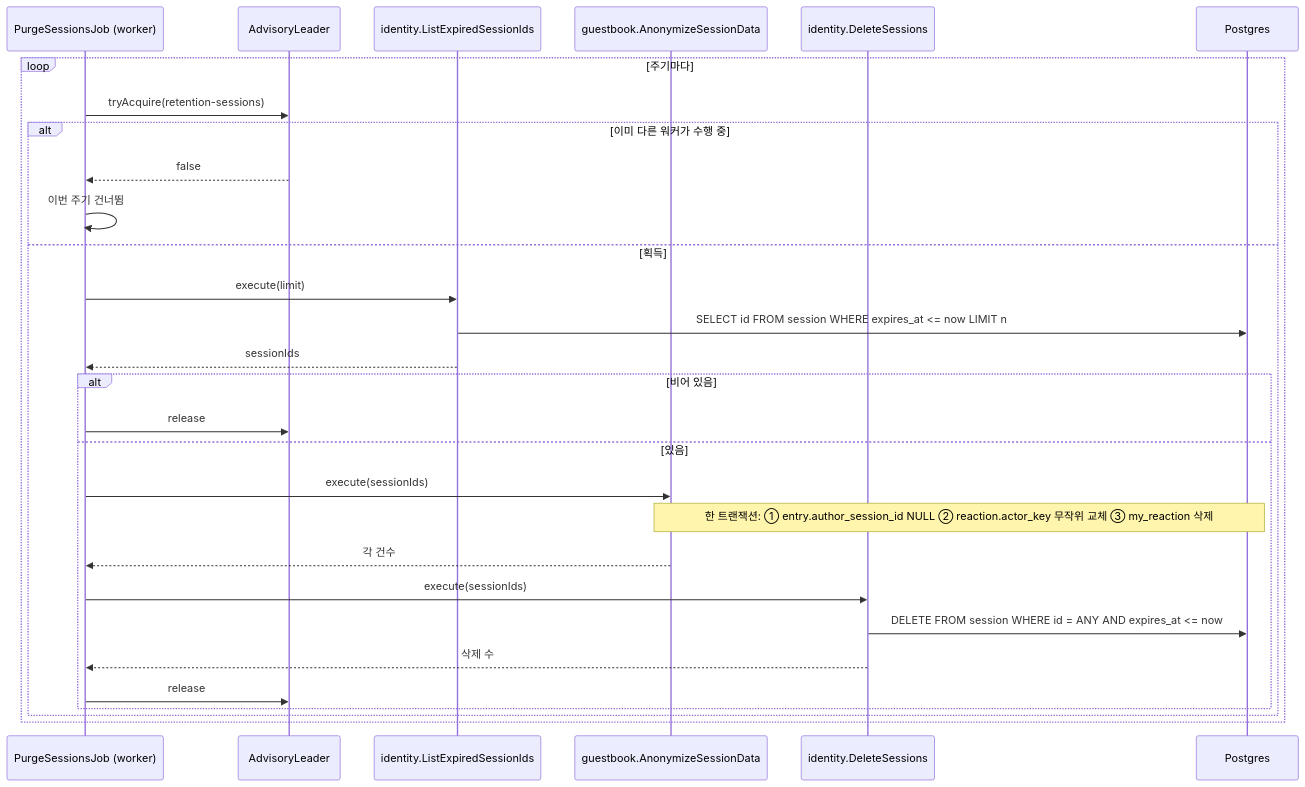
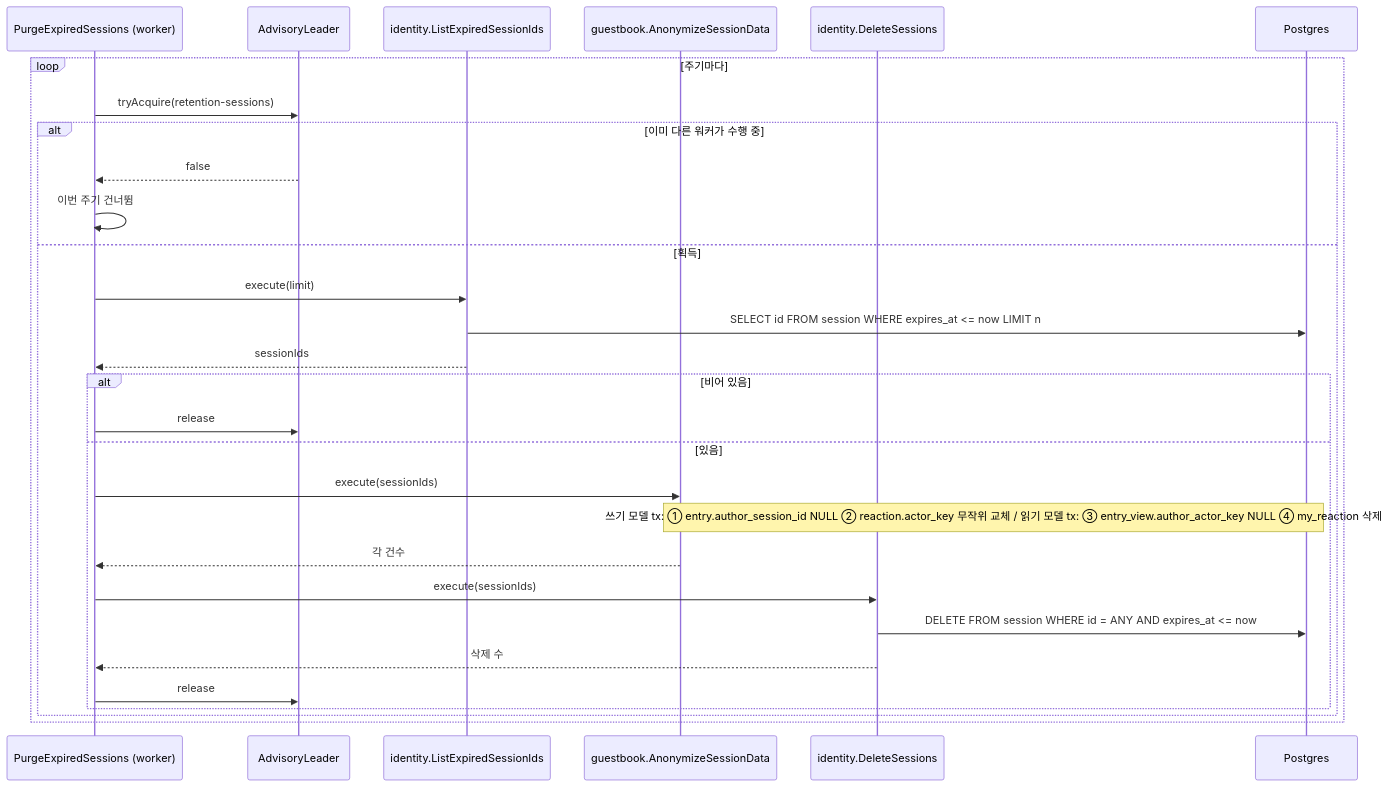
One commit to 1985jwlee/portpolio_backend changed diagram 36 of 37 in docs/design/features/10-identity.md. Above: the diagram before and after it, drawn with Mermaid. The commit also changed other lines of this file and 33 other files, not shown here.

````diff
--- a/docs/design/features/10-identity.md
+++ b/docs/design/features/10-identity.md
@@ -1278,31 +1281,31 @@
 ```mermaid
 sequenceDiagram
-    participant J as PurgeSessionsJob (worker)
+    participant J as PurgeExpiredSessions (worker)
     participant L as AdvisoryLeader
     participant I1 as identity.ListExpiredSessionIds
     participant GB as guestbook.AnonymizeSessionData
     participant I2 as identity.DeleteSessions
     participant DB as Postgres
     loop 주기마다
         J->>L: tryAcquire(retention-sessions)
         alt 이미 다른 워커가 수행 중
             L-->>J: false
             J->>J: 이번 주기 건너뜀
         else 획득
             J->>I1: execute(limit)
             I1->>DB: SELECT id FROM session WHERE expires_at <= now LIMIT n
             I1-->>J: sessionIds
             alt 비어 있음
                 J->>L: release
             else 있음
                 J->>GB: execute(sessionIds)
-                Note over GB,DB: 한 트랜잭션: ① entry.author_session_id NULL ② reaction.actor_key 무작위 교체 ③ my_reaction 삭제
+                Note over GB,DB: 쓰기 모델 tx: ① entry.author_session_id NULL ② reaction.actor_key 무작위 교체 / 읽기 모델 tx: ③ entry_view.author_actor_key NULL ④ my_reaction 삭제
                 GB-->>J: 각 건수
                 J->>I2: execute(sessionIds)
                 I2->>DB: DELETE FROM session WHERE id = ANY AND expires_at <= now
                 I2-->>J: 삭제 수
                 J->>L: release
             end
         end
     end
 ```
````
